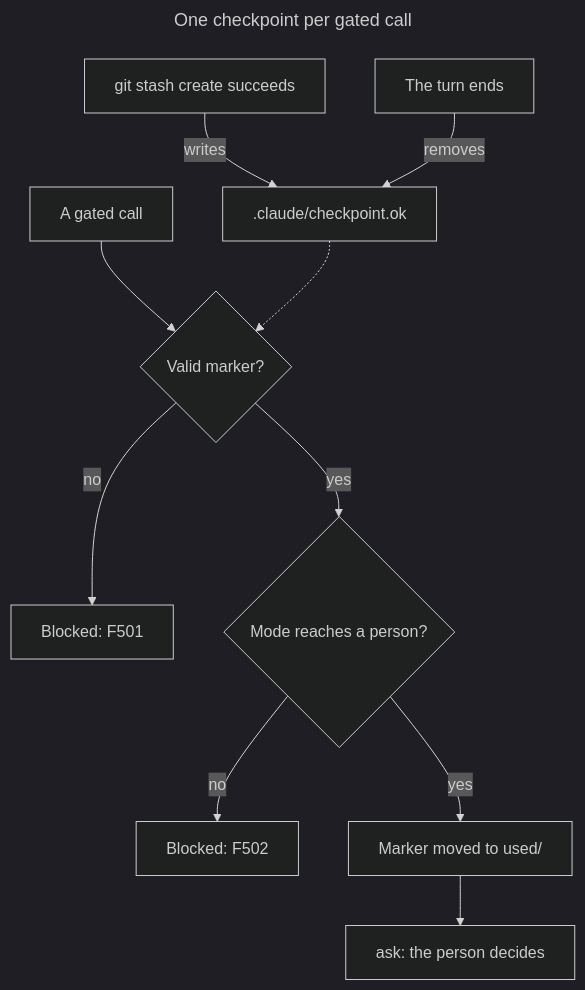
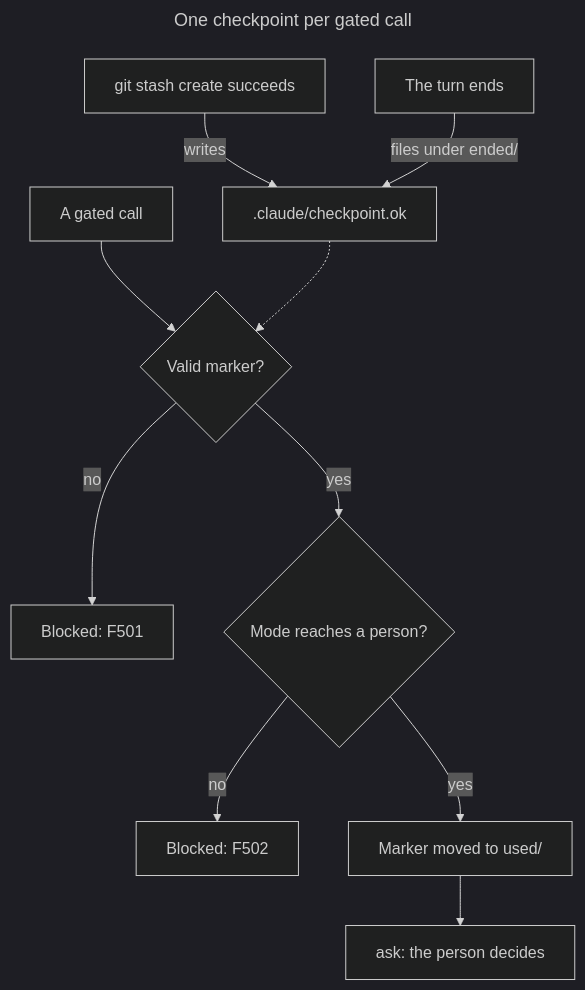
One commit to synaptiai/agent-capability-standard changed the second of 3 diagrams in hooks/README.md. Above: the diagram before and after it, drawn with Mermaid (dark theme). The commit also changed other lines of this file and 49 other files, not shown here.

````diff
--- a/hooks/README.md
+++ b/hooks/README.md
@@ -195,16 +202,16 @@
 ```mermaid
 ---
 title: One checkpoint per gated call
 ---
 flowchart TB
-  accDescr: A successful git stash create writes the marker; a gated call that finds a valid marker in a mode that reaches a person moves it into the used directory and asks for approval; without a valid marker it is blocked with F501; the end of a turn removes the marker.
+  accDescr: A successful git stash create writes the marker; a gated call that finds a valid marker in a mode that reaches a person moves it into the used directory and asks for approval; without a valid marker it is blocked with F501; the end of a turn files the marker under the ended directory, where a rollback can still restore its commit.
   s["git stash create succeeds"] -->|writes| m[".claude/checkpoint.ok"]
   c["A gated call"] --> q{"Valid marker?"}
   m -.-> q
   q -->|no| f501["Blocked: F501"]
   q -->|yes| mode{"Mode reaches a person?"}
   mode -->|no| f502["Blocked: F502"]
   mode -->|yes| used["Marker moved to used/"]
   used --> ask["ask: the person decides"]
-  stop["The turn ends"] -->|removes| m
+  stop["The turn ends"] -->|"files under ended/"| m
 ```
````
